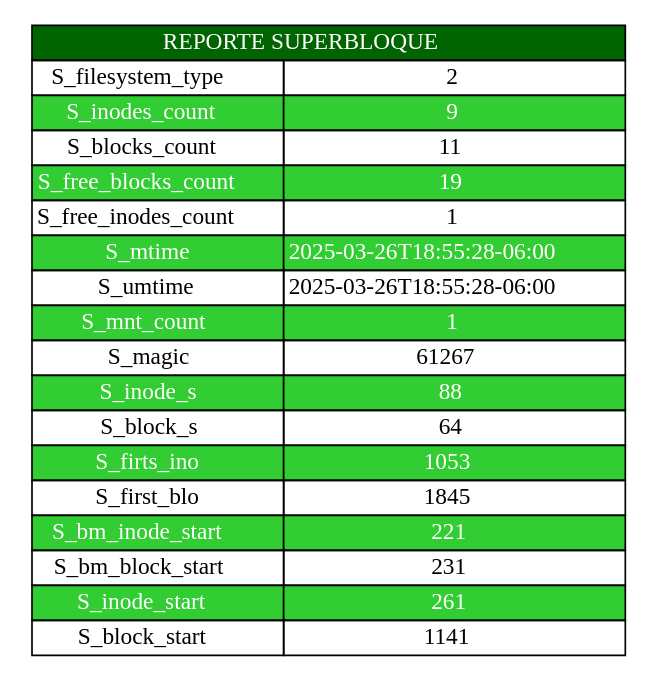
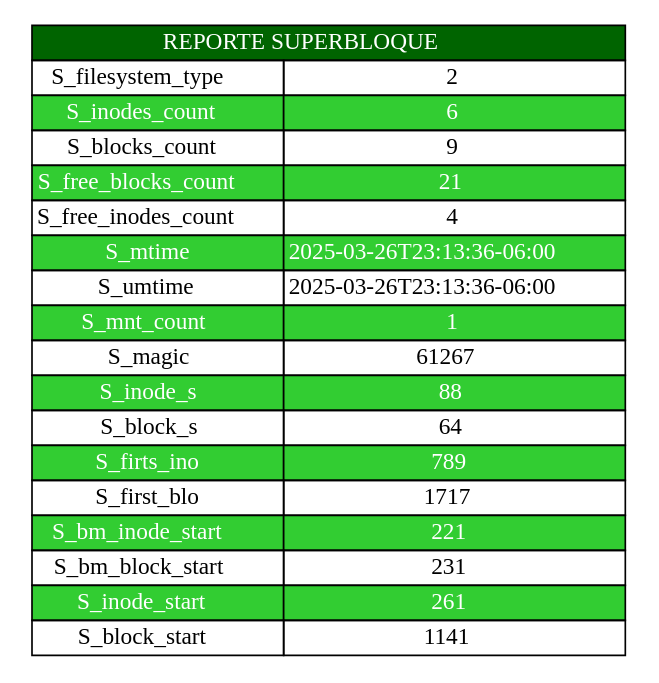
The diagram in server/src/salida/superbloque.dot (miguel-tubac/MIA_1S2025_P1_202101927), drawn with Graphviz before and after one commit. The commit also changed 16 other files, not shown here.

```diff
--- a/server/src/salida/superbloque.dot
+++ b/server/src/salida/superbloque.dot
@@ -1,24 +1,24 @@
 digraph G {
         node [shape=plaintext]
     tabla [label=<
         <table border="0" cellborder="1" cellspacing="0">
 			<tr><td colspan="2" bgcolor="#006400"><font color="white"> REPORTE SUPERBLOQUE</font></td></tr>
 			<tr><td>S_filesystem_type</td><td>2</td></tr>
-			<tr><td bgcolor="#32CD32"><font color="white">S_inodes_count</font></td><td bgcolor="#32CD32"><font color="white">9</font></td></tr>
-			<tr><td>S_blocks_count</td><td>11</td></tr>
-			<tr><td bgcolor="#32CD32"><font color="white">S_free_blocks_count</font></td><td bgcolor="#32CD32"><font color="white">19</font></td></tr>
-			<tr><td>S_free_inodes_count</td><td>1</td></tr>
-			<tr><td bgcolor="#32CD32"><font color="white">S_mtime</font></td><td bgcolor="#32CD32"><font color="white">2025-03-26T18:55:28-06:00</font></td></tr>
-			<tr><td>S_umtime</td><td>2025-03-26T18:55:28-06:00</td></tr>
+			<tr><td bgcolor="#32CD32"><font color="white">S_inodes_count</font></td><td bgcolor="#32CD32"><font color="white">6</font></td></tr>
+			<tr><td>S_blocks_count</td><td>9</td></tr>
+			<tr><td bgcolor="#32CD32"><font color="white">S_free_blocks_count</font></td><td bgcolor="#32CD32"><font color="white">21</font></td></tr>
+			<tr><td>S_free_inodes_count</td><td>4</td></tr>
+			<tr><td bgcolor="#32CD32"><font color="white">S_mtime</font></td><td bgcolor="#32CD32"><font color="white">2025-03-26T23:13:36-06:00</font></td></tr>
+			<tr><td>S_umtime</td><td>2025-03-26T23:13:36-06:00</td></tr>
 			<tr><td bgcolor="#32CD32"><font color="white">S_mnt_count</font></td><td bgcolor="#32CD32"><font color="white">1</font></td></tr>
 			<tr><td>S_magic</td><td>61267</td></tr>
 			<tr><td bgcolor="#32CD32"><font color="white">S_inode_s</font></td><td bgcolor="#32CD32"><font color="white">88</font></td></tr>
 			<tr><td>S_block_s</td><td>64</td></tr>
-			<tr><td bgcolor="#32CD32"><font color="white">S_firts_ino</font></td><td bgcolor="#32CD32"><font color="white">1053</font></td></tr>
-			<tr><td>S_first_blo</td><td>1845</td></tr>
+			<tr><td bgcolor="#32CD32"><font color="white">S_firts_ino</font></td><td bgcolor="#32CD32"><font color="white">789</font></td></tr>
+			<tr><td>S_first_blo</td><td>1717</td></tr>
 			<tr><td bgcolor="#32CD32"><font color="white">S_bm_inode_start</font></td><td bgcolor="#32CD32"><font color="white">221</font></td></tr>
 			<tr><td>S_bm_block_start</td><td>231</td></tr>
 			<tr><td bgcolor="#32CD32"><font color="white">S_inode_start</font></td><td bgcolor="#32CD32"><font color="white">261</font></td></tr>
 			<tr><td>S_block_start</td><td>1141</td></tr>
 		</table>>];
 		}
```
